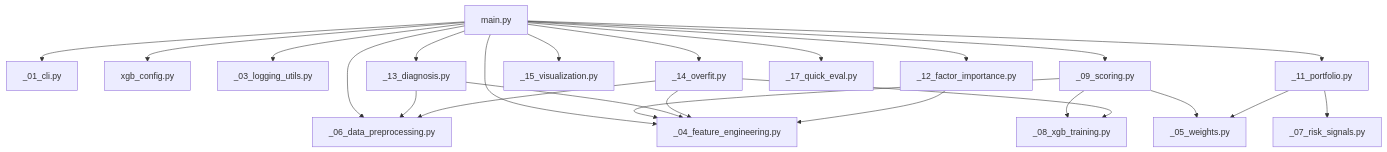
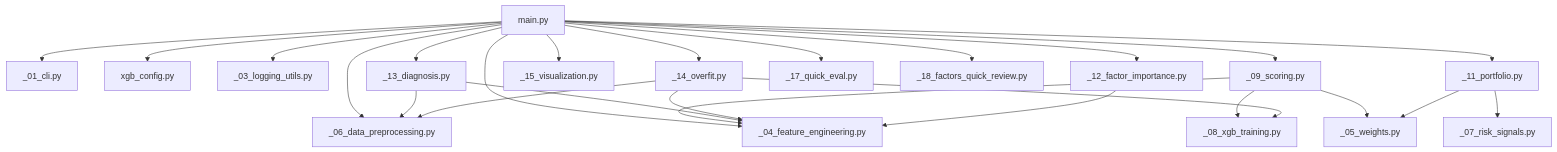
The diagram in ml_models/readme.md (zzz-103/ML-STAR-MARKET), drawn with Mermaid before and after one commit. The commit also changed other lines of this file and 2 other files, not shown here.

````diff
--- a/ml_models/readme.md
+++ b/ml_models/readme.md
@@ -51,26 +52,27 @@
 ```mermaid
 graph TD
   main[main.py] --> cli[_01_cli.py]
   main --> cfg[xgb_config.py]
   main --> log[_03_logging_utils.py]
   main --> dp[_06_data_preprocessing.py]
   main --> fe[_04_feature_engineering.py]
   main --> sc[_09_scoring.py]
   sc --> tr[_08_xgb_training.py]
   sc --> wt[_05_weights.py]
   sc --> fe
   main --> pf[_11_portfolio.py]
   pf --> rs[_07_risk_signals.py]
   pf --> wt
   main --> fi[_12_factor_importance.py]
   main --> vz[_15_visualization.py]
   main --> ov[_14_overfit.py]
   main --> qe[_17_quick_eval.py]
+  main --> fqr[_18_factors_quick_review.py]
   main --> dg[_13_diagnosis.py]
   dg --> dp
   dg --> fe
   ov --> dp
   ov --> tr
   ov --> fe
   fi --> fe
 ```
````
